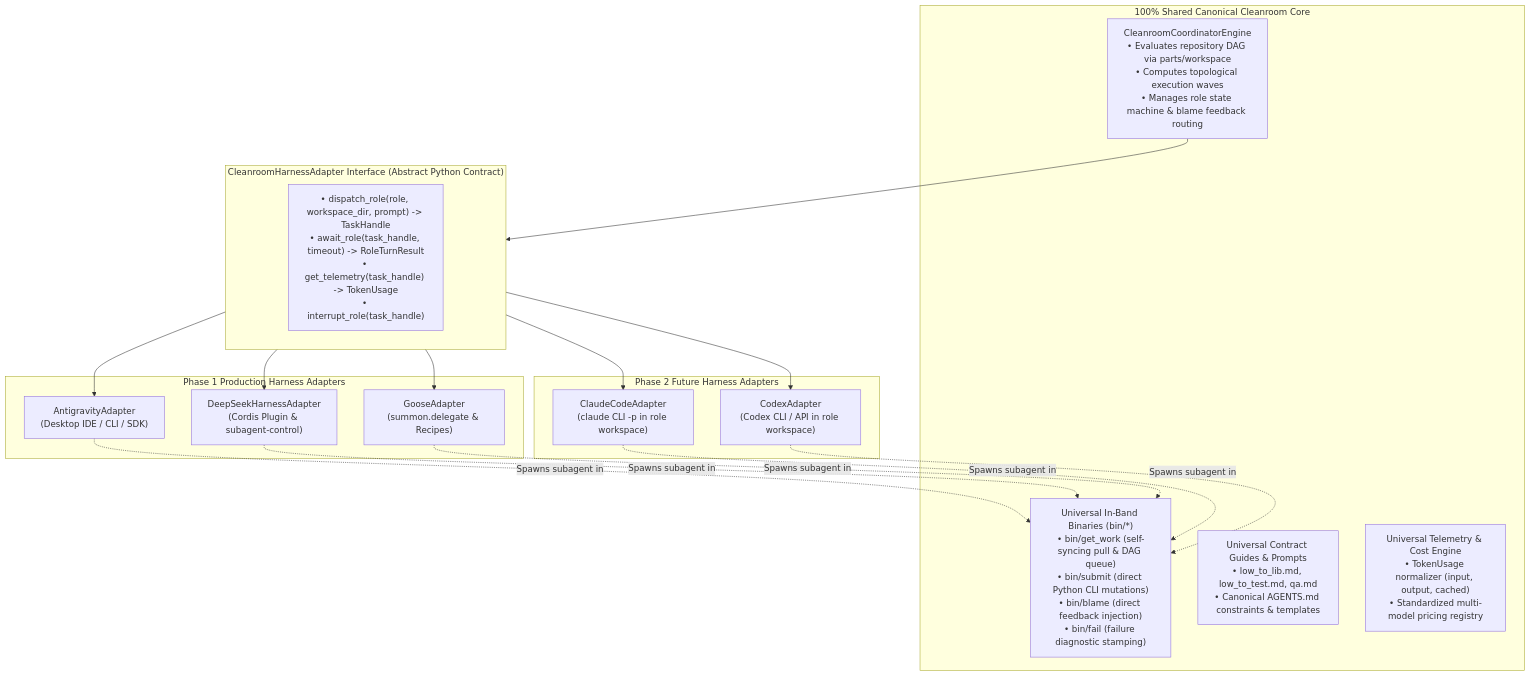
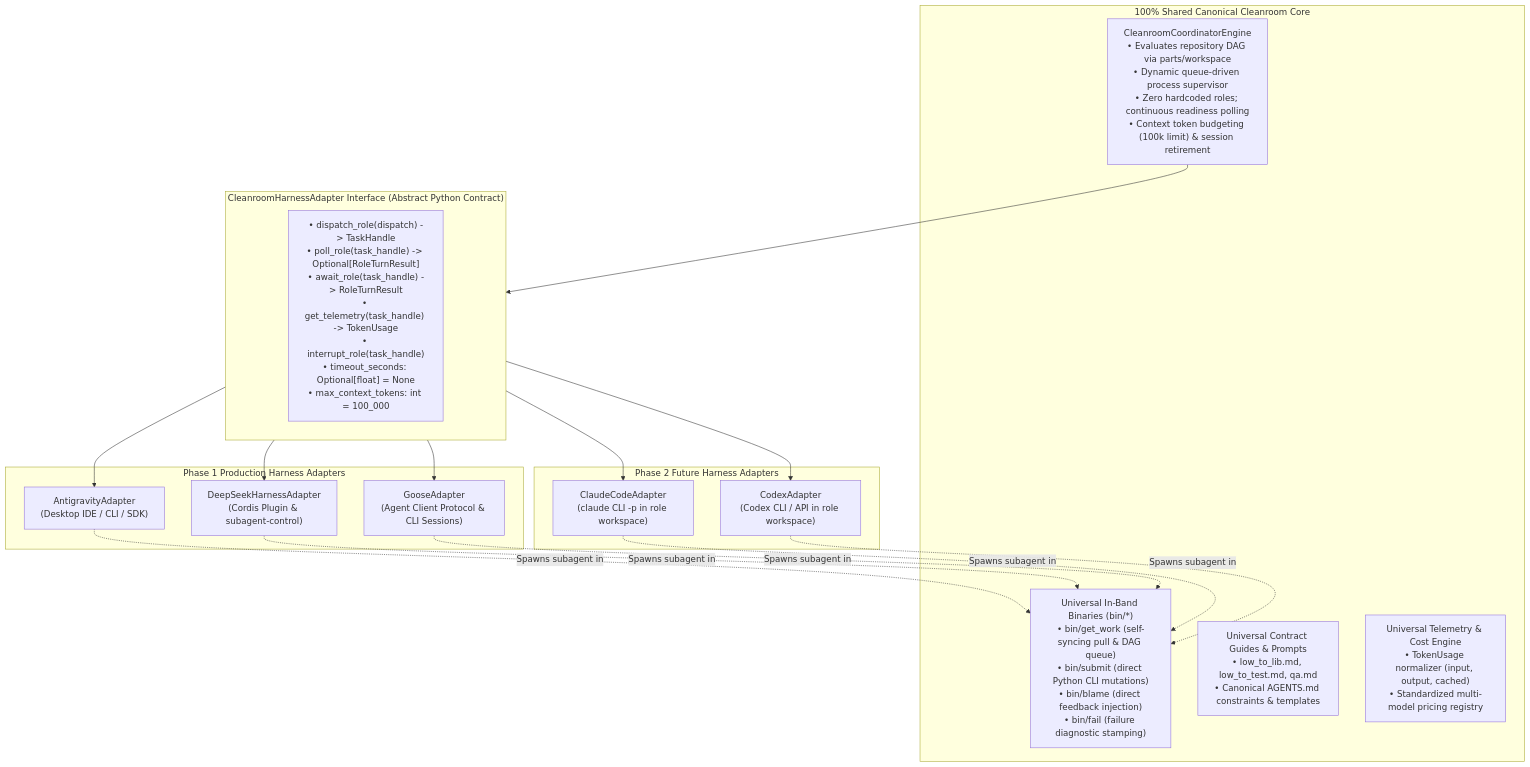
Before and after one commit to mcdirmid/cleanroom: the third of 8 diagrams in design-docs/subagent_driven_cleanroom_workspaces_todo.md, drawn with Mermaid. The commit also changed other lines of this file and 573 other files, not shown here.

Commit message:
feat: Goose and DeepSeek harness adapters, non-blocking process supervision, and orchestrate CLI command

````diff
--- a/design-docs/subagent_driven_cleanroom_workspaces_todo.md
+++ b/design-docs/subagent_driven_cleanroom_workspaces_todo.md
@@ -249,37 +273,37 @@
 ```mermaid
 flowchart TD
     subgraph CommonCore ["100% Shared Canonical Cleanroom Core"]
-        CoordEngine["CleanroomCoordinatorEngine\n• Evaluates repository DAG via parts/workspace\n• Computes topological execution waves\n• Manages role state machine & blame feedback routing"]
+        CoordEngine["CleanroomCoordinatorEngine\n• Evaluates repository DAG via parts/workspace\n• Dynamic queue-driven process supervisor\n• Zero hardcoded roles; continuous readiness polling\n• Context token budgeting (100k limit) & session retirement"]
         RoleBinaries["Universal In-Band Binaries (bin/*)\n• bin/get_work (self-syncing pull & DAG queue)\n• bin/submit (direct Python CLI mutations)\n• bin/blame (direct feedback injection)\n• bin/fail (failure diagnostic stamping)"]
         GuidesAndSpecs["Universal Contract Guides & Prompts\n• low_to_lib.md, low_to_test.md, qa.md\n• Canonical AGENTS.md constraints & templates"]
         TelemetryEngine["Universal Telemetry & Cost Engine\n• TokenUsage normalizer (input, output, cached)\n• Standardized multi-model pricing registry"]
     end
 
     subgraph AdapterInterface ["CleanroomHarnessAdapter Interface (Abstract Python Contract)"]
-        Contract["• dispatch_role(role, workspace_dir, prompt) -> TaskHandle\n• await_role(task_handle, timeout) -> RoleTurnResult\n• get_telemetry(task_handle) -> TokenUsage\n• interrupt_role(task_handle)"]
+        Contract["• dispatch_role(dispatch) -> TaskHandle\n• poll_role(task_handle) -> Optional[RoleTurnResult]\n• await_role(task_handle) -> RoleTurnResult\n• get_telemetry(task_handle) -> TokenUsage\n• interrupt_role(task_handle)\n• timeout_seconds: Optional[float] = None\n• max_context_tokens: int = 100_000"]
     end
 
     subgraph Phase1Adapters ["Phase 1 Production Harness Adapters"]
         AGYAdapter["AntigravityAdapter\n(Desktop IDE / CLI / SDK)"]
         DSHAdapter["DeepSeekHarnessAdapter\n(Cordis Plugin & subagent-control)"]
-        GooseAdapter["GooseAdapter\n(summon.delegate & Recipes)"]
+        GooseAdapter["GooseAdapter\n(Agent Client Protocol & CLI Sessions)"]
     end
 
     subgraph Phase2Adapters ["Phase 2 Future Harness Adapters"]
         ClaudeAdapter["ClaudeCodeAdapter\n(claude CLI -p in role workspace)"]
         CodexAdapter["CodexAdapter\n(Codex CLI / API in role workspace)"]
     end
 
     CoordEngine --> AdapterInterface
     AdapterInterface --> AGYAdapter
     AdapterInterface --> DSHAdapter
     AdapterInterface --> GooseAdapter
     AdapterInterface --> ClaudeAdapter
     AdapterInterface --> CodexAdapter
 
     AGYAdapter -.->|"Spawns subagent in"| RoleBinaries
     DSHAdapter -.->|"Spawns subagent in"| RoleBinaries
     GooseAdapter -.->|"Spawns subagent in"| RoleBinaries
     ClaudeAdapter -.->|"Spawns subagent in"| RoleBinaries
     CodexAdapter -.->|"Spawns subagent in"| RoleBinaries
 ```
````
